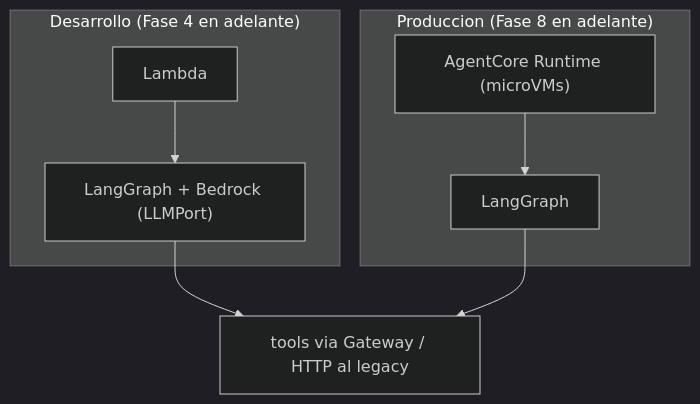
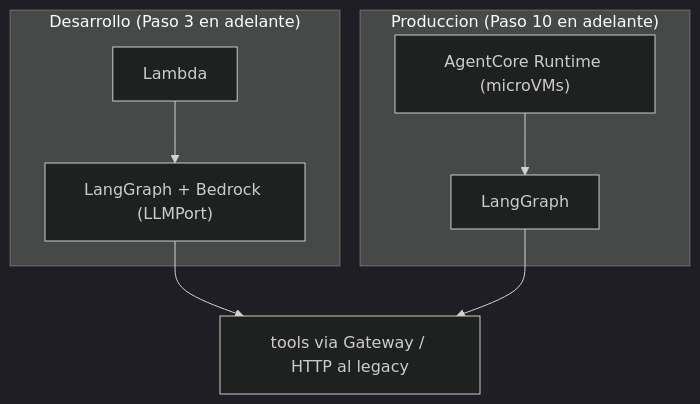
Before and after one commit to ianfer19/ChatBotAws: the diagram in docs/architecture/AGENTCORE.md, drawn with Mermaid (dark theme). The commit also changed other lines of this file and 83 other files, not shown here.

Commit message:
docs(roadmap): ruta de 14 pasos y renumeración de fases a pasos

````diff
--- a/docs/architecture/AGENTCORE.md
+++ b/docs/architecture/AGENTCORE.md
@@ -15,11 +15,11 @@
 ```mermaid
 flowchart TB
-    subgraph DEV["Desarrollo (Fase 4 en adelante)"]
+    subgraph DEV["Desarrollo (Paso 3 en adelante)"]
         L[Lambda] --> G1["LangGraph + Bedrock (LLMPort)"]
     end
-    subgraph PROD["Produccion (Fase 8 en adelante)"]
+    subgraph PROD["Produccion (Paso 10 en adelante)"]
         R["AgentCore Runtime (microVMs)"] --> G2["LangGraph"]
     end
     G1 --> T[tools via Gateway / HTTP al legacy]
     G2 --> T
 ```
````
